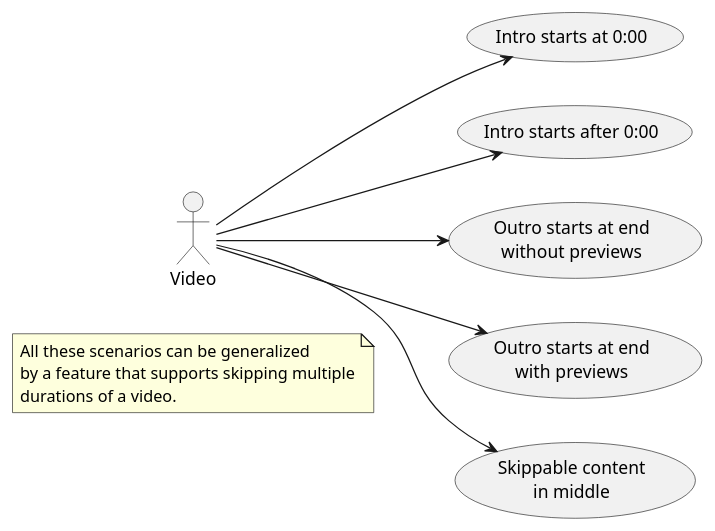
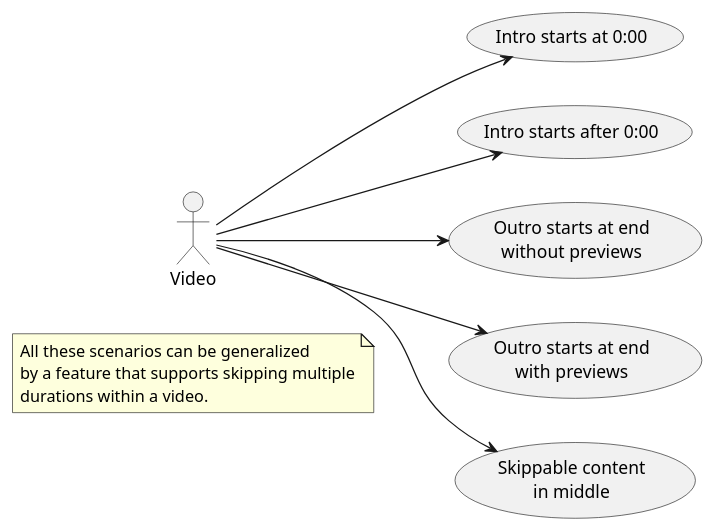
Before and after one commit to erichschroeter/plex-media-server-auto-skip-uml: the diagram in docs/intro_outro_video_use_case_diagram.puml, drawn with PlantUML.

```diff
--- a/docs/intro_outro_video_use_case_diagram.puml
+++ b/docs/intro_outro_video_use_case_diagram.puml
@@ -1,24 +1,24 @@
 @startuml "Video Intro/Outro Possibilities"
 left to right direction
 
 note as GeneralNote
     All these scenarios can be generalized
     by a feature that supports skipping multiple
-    durations of a video.
+    durations within a video.
 end note
 
 :Video:
 
 (Intro starts at 0:00)
 (Intro starts after 0:00)
 (Outro starts at end\nwithout previews)
 (Outro starts at end\nwith previews)
 (Skippable content\nin middle)
 
 :Video: --> (Intro starts at 0:00)
 :Video: --> (Intro starts after 0:00)
 :Video: --> (Outro starts at end\nwithout previews)
 :Video: --> (Outro starts at end\nwith previews)
 :Video: --> (Skippable content\nin middle)
 
 @enduml
```
